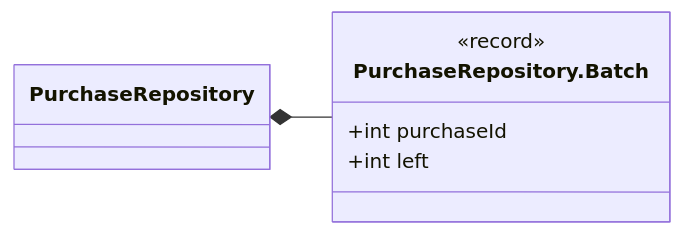
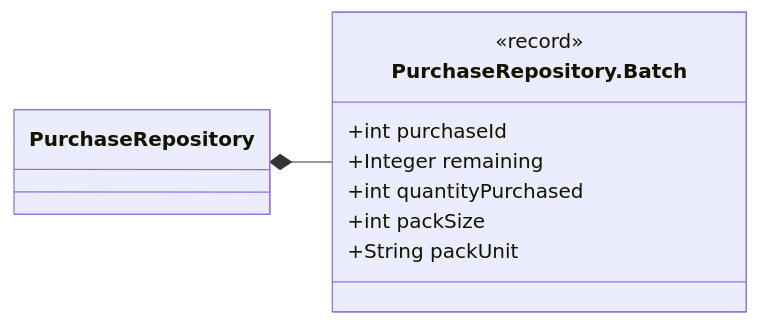
Before and after one commit to Nate-ryan-7690/dahaem: the fifth of 8 diagrams in docs/classes/finance.md, drawn with Mermaid. The commit also changed other lines of this file and 8 other files, not shown here.

````diff
--- a/docs/classes/finance.md
+++ b/docs/classes/finance.md
@@ -176,11 +219,14 @@
 ```mermaid
 classDiagram
     direction LR
     class finance_PurchaseRepository_Batch["PurchaseRepository.Batch"] {
         <<record>>
         +int purchaseId
-        +int left
+        +Integer remaining
+        +int quantityPurchased
+        +int packSize
+        +String packUnit
     }
     class finance_PurchaseRepository["PurchaseRepository"]
     finance_PurchaseRepository *-- finance_PurchaseRepository_Batch
 ```
````
